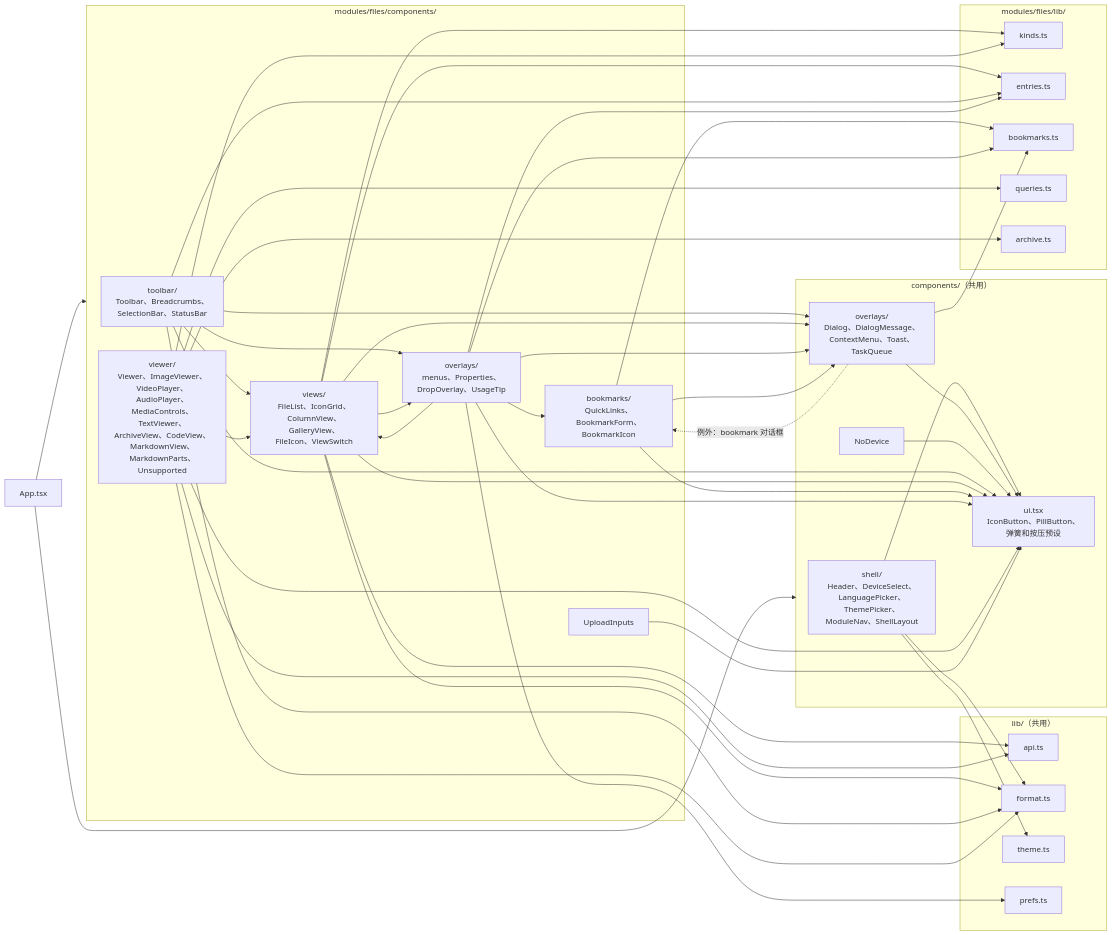
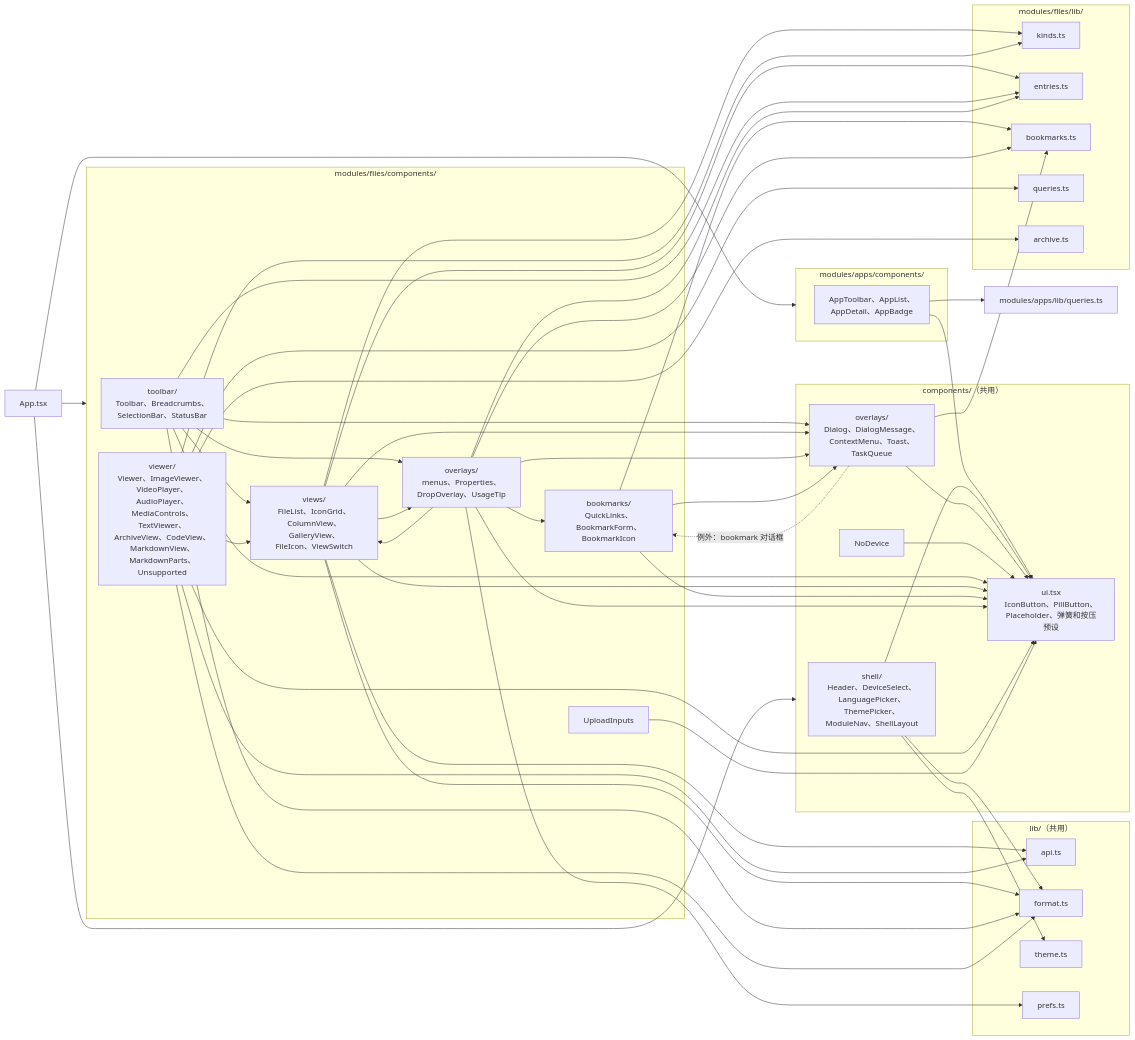
Before and after one commit to wynnyu/adb-file-manager: the seventh of 13 diagrams in docs/architecture.md, drawn with Mermaid. The commit also changed other lines of this file and 5 other files, not shown here.

````diff
--- a/docs/architecture.md
+++ b/docs/architecture.md
@@ -350,55 +376,61 @@
 ```mermaid
 flowchart LR
   App["App.tsx"]
   subgraph shellComps["components/（共用）"]
     shell["shell/<br/>Header、DeviceSelect、<br/>LanguagePicker、ThemePicker、<br/>ModuleNav、ShellLayout"]
     sharedOverlays["overlays/<br/>Dialog、DialogMessage、<br/>ContextMenu、Toast、<br/>TaskQueue"]
     noDevice["NoDevice"]
-    ui["ui.tsx<br/>IconButton、PillButton、<br/>弹簧和按压预设"]
+    ui["ui.tsx<br/>IconButton、PillButton、<br/>Placeholder、弹簧和按压预设"]
   end
   subgraph filesComps["modules/files/components/"]
     toolbar["toolbar/<br/>Toolbar、Breadcrumbs、<br/>SelectionBar、StatusBar"]
     views["views/<br/>FileList、IconGrid、<br/>ColumnView、GalleryView、<br/>FileIcon、ViewSwitch"]
     bm["bookmarks/<br/>QuickLinks、BookmarkForm、<br/>BookmarkIcon"]
     overlays["overlays/<br/>menus、Properties、<br/>DropOverlay、UsageTip"]
     viewer["viewer/<br/>Viewer、ImageViewer、<br/>VideoPlayer、AudioPlayer、<br/>MediaControls、TextViewer、<br/>ArchiveView、CodeView、<br/>MarkdownView、MarkdownParts、<br/>Unsupported"]
     upload["UploadInputs"]
+  end
+  subgraph appsComps["modules/apps/components/"]
+    appsUi["AppToolbar、AppList、<br/>AppDetail、AppBadge"]
   end
   subgraph lib["lib/（共用）"]
     api["api.ts"]
     format["format.ts"]
     theme["theme.ts"]
     prefs["prefs.ts"]
   end
   subgraph filesLib["modules/files/lib/"]
     kinds["kinds.ts"]
     entries["entries.ts"]
     bookmarksLib["bookmarks.ts"]
     queries["queries.ts"]
     archiveLib["archive.ts"]
   end
 
   App --> shellComps
   App --> filesComps
+  App --> appsComps
+  appsUi --> ui
+  appsUi --> appsQ["modules/apps/lib/queries.ts"]
   shell & sharedOverlays & noDevice & toolbar & views & bm & overlays & viewer & upload --> ui
   toolbar --> views
   toolbar --> overlays
   toolbar --> sharedOverlays
   views --> overlays
   views --> sharedOverlays
   overlays --> bm
   overlays --> views
   overlays --> sharedOverlays
   bm --> sharedOverlays
   sharedOverlays -. "例外：bookmark 对话框" .-> bm
   views --> api
   views --> format & kinds & entries
   toolbar --> format & entries
   shell --> format & theme
   bm --> bookmarksLib
   sharedOverlays --> bookmarksLib
   overlays --> bookmarksLib & entries & prefs
   viewer --> views
   viewer --> api & queries & format & kinds
   viewer --> archiveLib
 ```
````
